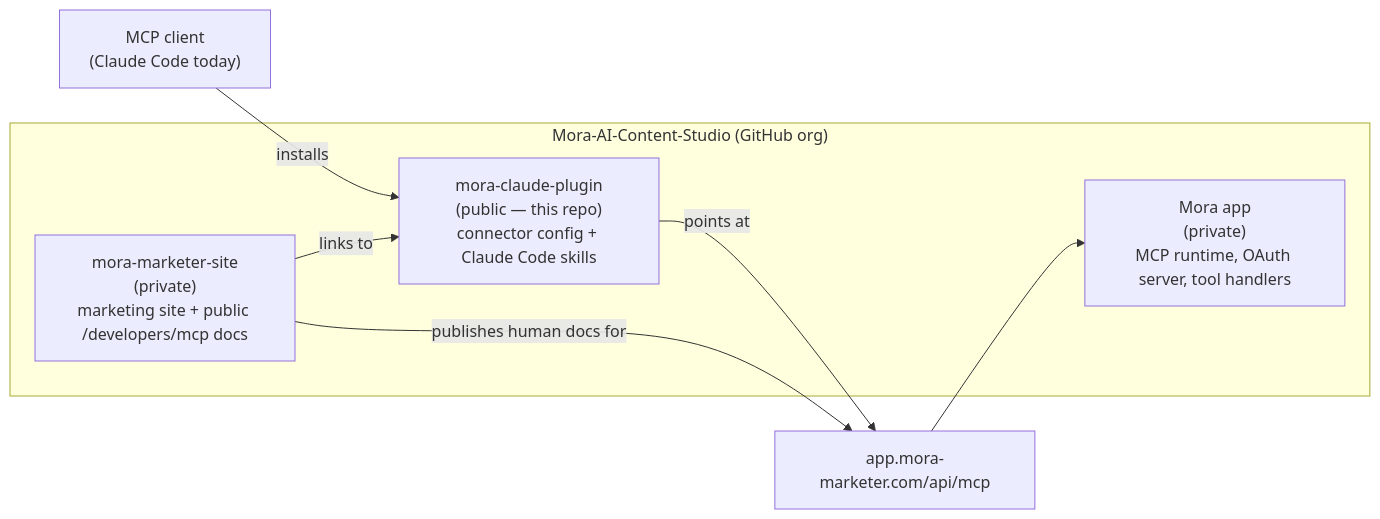
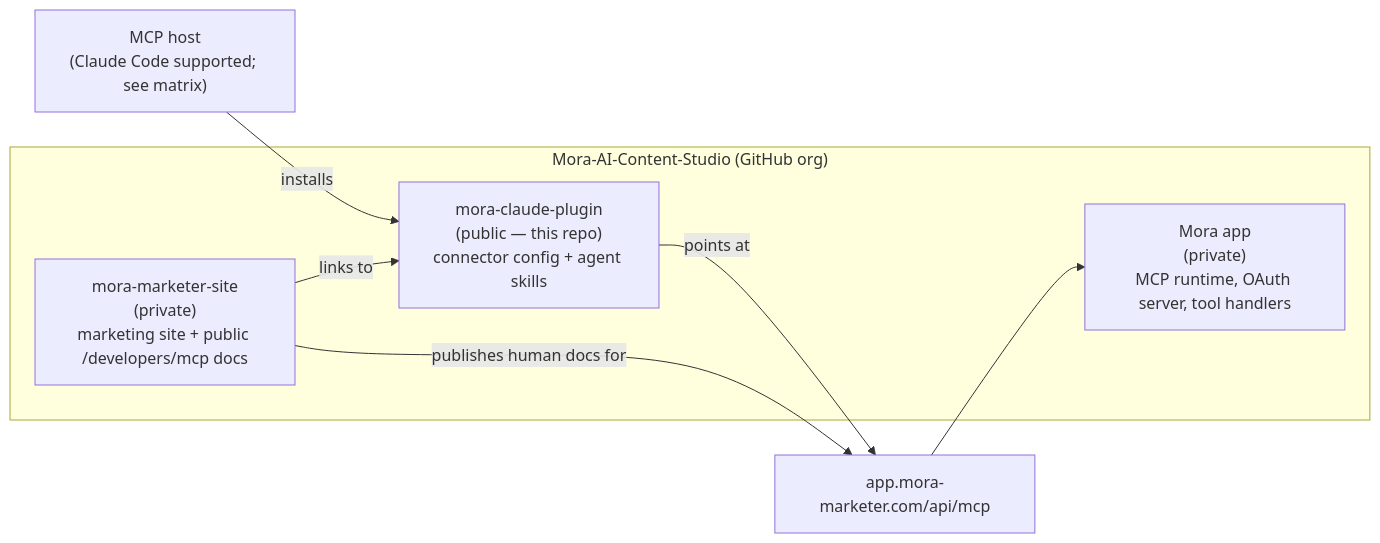
Before and after one commit to jut147/mora-claude-plugin: the first of 2 diagrams in docs/mcp-architecture.md, drawn with Mermaid. The commit also changed other lines of this file and 24 other files, not shown here.

Commit message:
feat: package Mora AI MCP plugin

````diff
--- a/docs/mcp-architecture.md
+++ b/docs/mcp-architecture.md
@@ -19,13 +19,13 @@
 ```mermaid
 flowchart LR
     subgraph "Mora-AI-Content-Studio (GitHub org)"
-        plugin["mora-claude-plugin\n(public — this repo)\nconnector config + Claude Code skills"]
+        plugin["mora-claude-plugin\n(public — this repo)\nconnector config + agent skills"]
         site["mora-marketer-site\n(private)\nmarketing site + public /developers/mcp docs"]
         app["Mora app\n(private)\nMCP runtime, OAuth server, tool handlers"]
     end
-    client["MCP client\n(Claude Code today)"] -->|installs| plugin
+    client["MCP host\n(Claude Code supported; see matrix)"] -->|installs| plugin
     plugin -->|points at| endpoint["app.mora-marketer.com/api/mcp"]
     endpoint --> app
     site -->|publishes human docs for| endpoint
     site -->|links to| plugin
 ```
````
